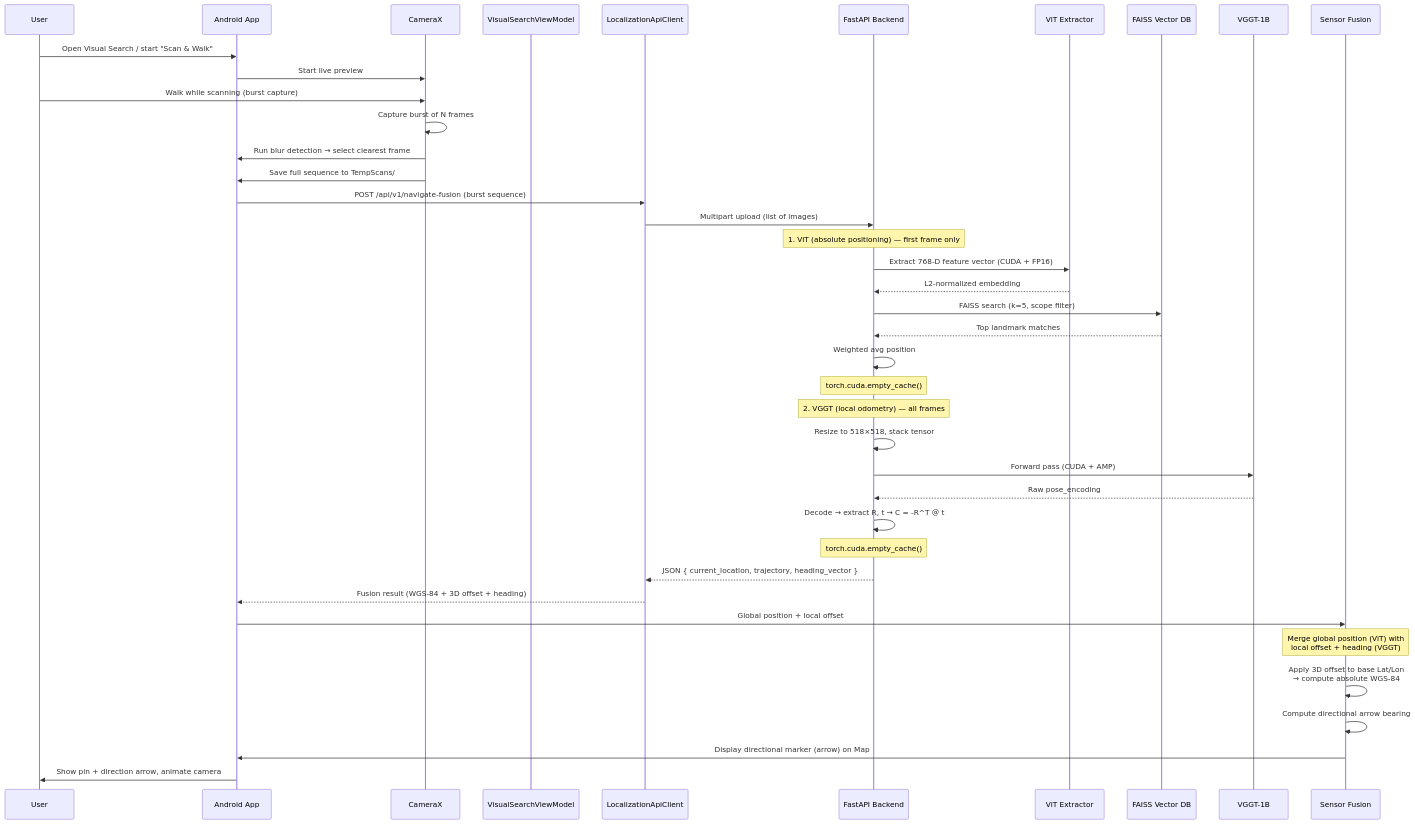
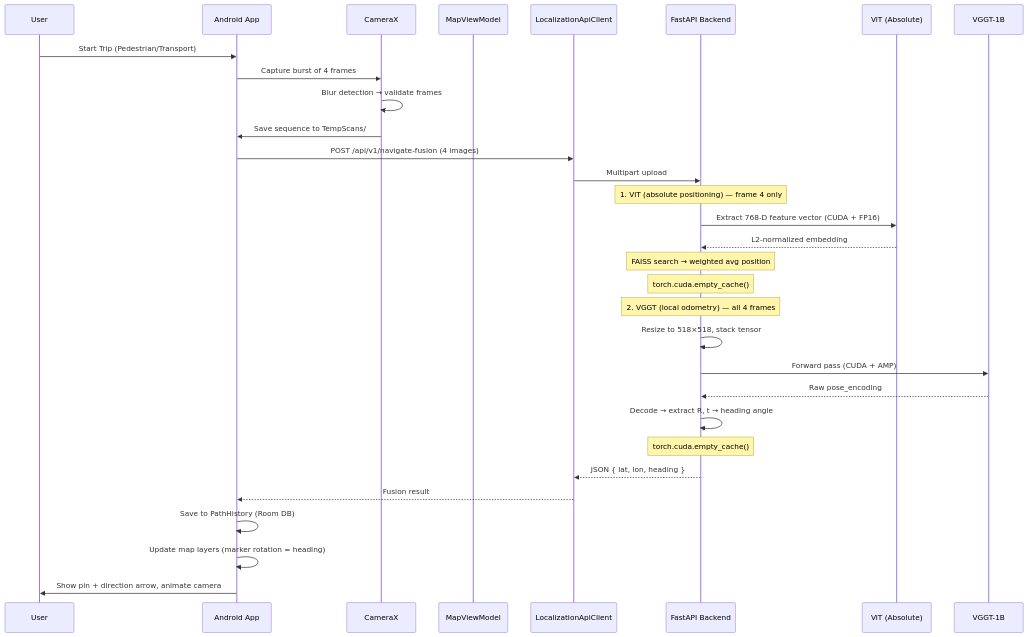
One commit to NVGTNTeam-VGGT-AnyLock/Navigation-with-vggt-and-vit-anylock- changed the diagram in PROJECT_ARCHITECTURE.md. Above: the diagram before and after it, drawn with Mermaid. The commit also changed other lines of this file and 167 other files, not shown here.

````diff
--- a/PROJECT_ARCHITECTURE.md
+++ b/PROJECT_ARCHITECTURE.md
@@ -91,45 +100,38 @@
 ```mermaid
 sequenceDiagram
     participant User
     participant App as Android App
     participant Camera as CameraX
-    participant VM as VisualSearchViewModel
+    participant VM as MapViewModel
     participant API as LocalizationApiClient
     participant Backend as FastAPI Backend
-    participant ViT as ViT Extractor
-    participant DB as FAISS Vector DB
+    participant ViT as ViT (Absolute)
     participant VGGT as VGGT-1B
-    participant Fusion as Sensor Fusion
 
-    User->>App: Open Visual Search / start "Scan & Walk"
-    App->>Camera: Start live preview
-    User->>Camera: Walk while scanning (burst capture)
-    Camera->>Camera: Capture burst of N frames
-    Camera->>App: Run blur detection → select clearest frame
-    Camera->>App: Save full sequence to TempScans/
+    User->>App: Start Trip (Pedestrian/Transport)
+    App->>Camera: Capture burst of 4 frames
+    Camera->>Camera: Blur detection → validate frames
+    Camera->>App: Save sequence to TempScans/
 
-    App->>API: POST /api/v1/navigate-fusion (burst sequence)
-    API->>Backend: Multipart upload (list of images)
-    Note over Backend: 1. ViT (absolute positioning) — first frame only
+    App->>API: POST /api/v1/navigate-fusion (4 images)
+    API->>Backend: Multipart upload
+
+    Note over Backend: 1. ViT (absolute positioning) — frame 4 only
     Backend->>ViT: Extract 768-D feature vector (CUDA + FP16)
     ViT-->>Backend: L2-normalized embedding
-    Backend->>DB: FAISS search (k=5, scope filter)
-    DB-->>Backend: Top landmark matches
-    Backend->>Backend: Weighted avg position
+    Note over Backend: FAISS search → weighted avg position
     Note over Backend: torch.cuda.empty_cache()
-    Note over Backend: 2. VGGT (local odometry) — all frames
+
+    Note over Backend: 2. VGGT (local odometry) — all 4 frames
     Backend->>Backend: Resize to 518×518, stack tensor
     Backend->>VGGT: Forward pass (CUDA + AMP)
     VGGT-->>Backend: Raw pose_encoding
-    Backend->>Backend: Decode → extract R, t → C = -R^T @ t
+    Backend->>Backend: Decode → extract R, t → heading angle
     Note over Backend: torch.cuda.empty_cache()
-    Backend-->>API: JSON { current_location, trajectory, heading_vector }
-    API-->>App: Fusion result (WGS-84 + 3D offset + heading)
-    App->>Fusion: Global position + local offset
 
-    Note over Fusion: Merge global position (ViT) with<br/>local offset + heading (VGGT)
-    Fusion->>Fusion: Apply 3D offset to base Lat/Lon<br/>→ compute absolute WGS-84
-    Fusion->>Fusion: Compute directional arrow bearing
-    Fusion->>App: Display directional marker (arrow) on Map
+    Backend-->>API: JSON { lat, lon, heading }
+    API-->>App: Fusion result
+    App->>App: Save to PathHistory (Room DB)
+    App->>App: Update map layers (marker rotation = heading)
     App->>User: Show pin + direction arrow, animate camera
 ```
````
